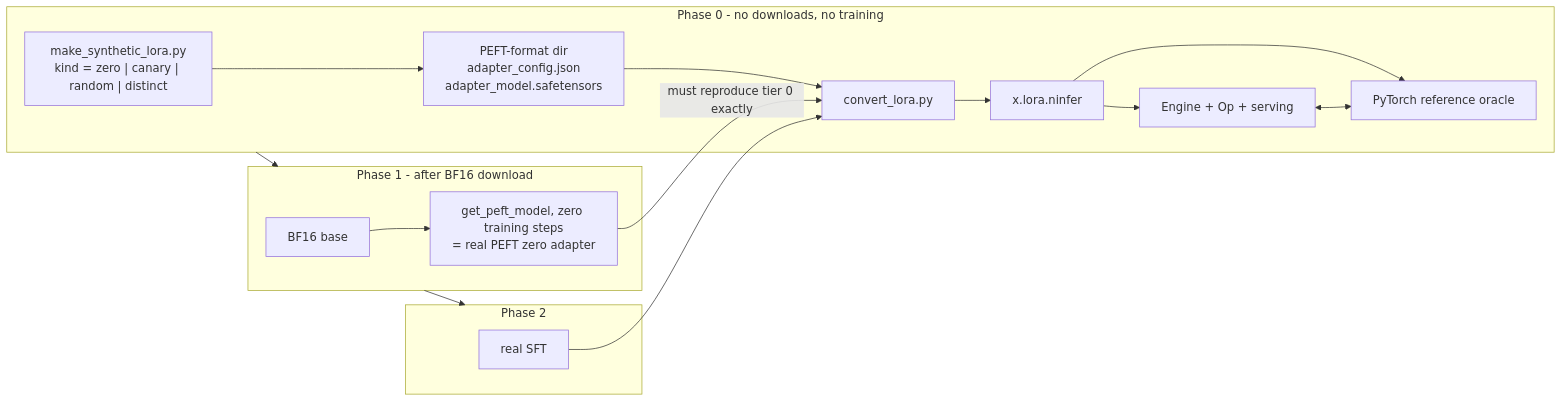
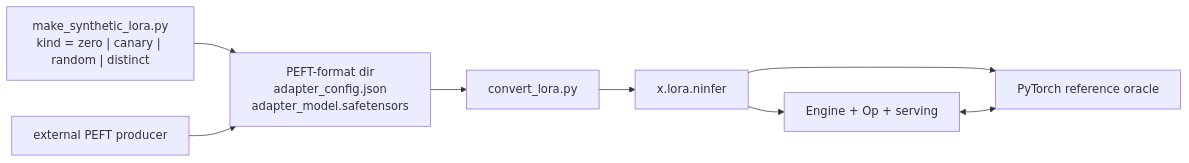
The diagram in docs/maintainer/qwen3.8-27b-lora-adapters.md (TertiumOrganum1/ninfer-4090-tn), drawn with Mermaid before and after one commit. The commit also changed other lines of this file and 8 other files, not shown here.

First line of the commit message:
feat(lora): establish external PEFT training handoff

````diff
--- a/docs/maintainer/qwen3.8-27b-lora-adapters.md
+++ b/docs/maintainer/qwen3.8-27b-lora-adapters.md
@@ -765,19 +703,10 @@
 ```mermaid
 flowchart LR
-  subgraph P0["Phase 0 - no downloads, no training"]
-    G["make_synthetic_lora.py<br/>kind = zero | canary | random | distinct"] --> PEFT["PEFT-format dir<br/>adapter_config.json<br/>adapter_model.safetensors"]
-    PEFT --> CV["convert_lora.py"]
-    CV --> NA["x.lora.ninfer"]
-    NA --> ENG["Engine + Op + serving"]
-    NA --> REF["PyTorch reference oracle"]
-    ENG <--> REF
-  end
-  subgraph P1["Phase 1 - after BF16 download"]
-    BF["BF16 base"] --> Z0["get_peft_model, zero training steps<br/>= real PEFT zero adapter"]
-    Z0 -->|must reproduce tier 0 exactly| CV
-  end
-  subgraph P2["Phase 2"]
-    SFT["real SFT"] --> CV
-  end
-  P0 --> P1 --> P2
+  G["make_synthetic_lora.py<br/>kind = zero | canary | random | distinct"] --> PEFT["PEFT-format dir<br/>adapter_config.json<br/>adapter_model.safetensors"]
+  EXT["external PEFT producer"] --> PEFT
+  PEFT --> CV["convert_lora.py"]
+  CV --> NA["x.lora.ninfer"]
+  NA --> ENG["Engine + Op + serving"]
+  NA --> REF["PyTorch reference oracle"]
+  ENG <--> REF
 ```
````
